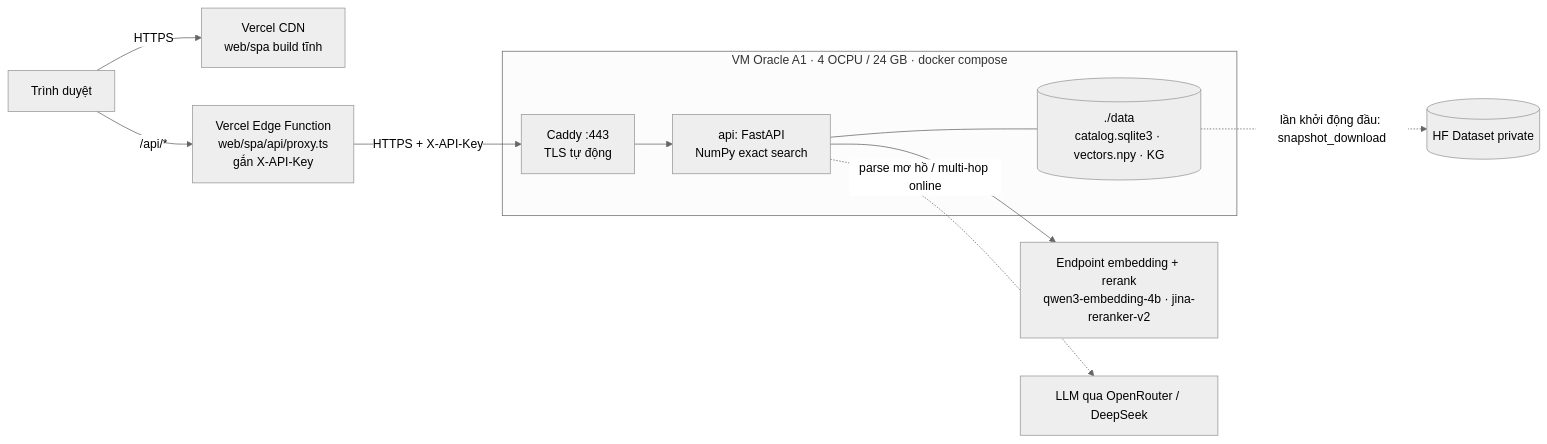
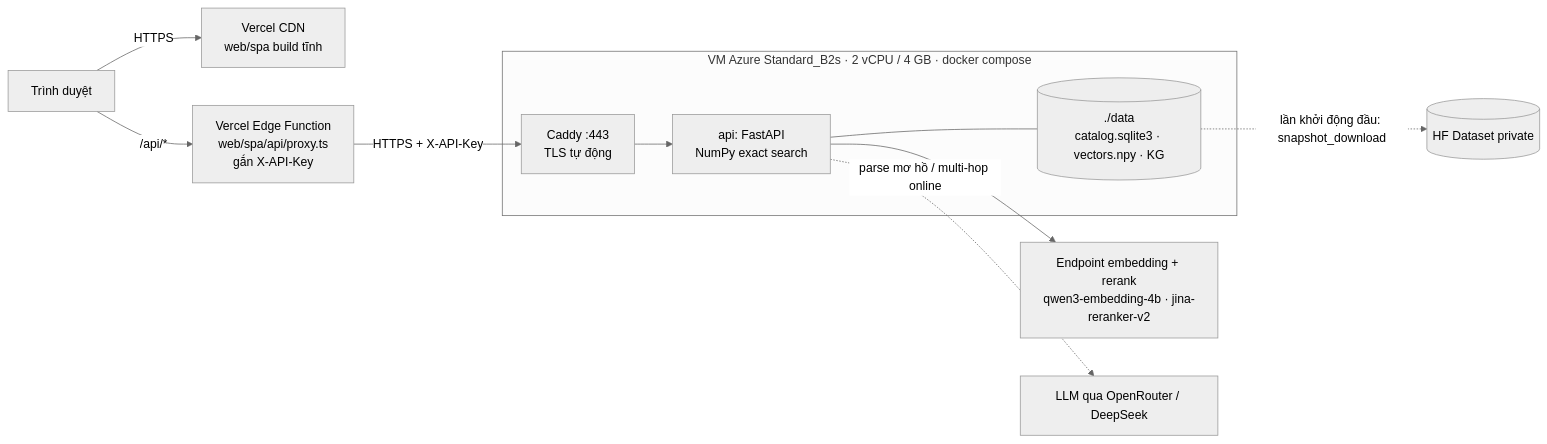
One commit to vuongej/heritage-image-retrieval changed the first of 2 diagrams in docs/deploy.md. Above: the diagram before and after it, drawn with Mermaid (neutral theme). The commit also changed other lines of this file and 9 other files, not shown here.

````diff
--- a/docs/deploy.md
+++ b/docs/deploy.md
@@ -5,13 +5,13 @@
 ```mermaid
 flowchart LR
     U[Trình duyệt] -->|HTTPS| V[Vercel CDN<br/>web/spa build tĩnh]
     U -->|/api/*| P[Vercel Edge Function<br/>web/spa/api/proxy.ts<br/>gắn X-API-Key]
     P -->|HTTPS + X-API-Key| C[Caddy :443<br/>TLS tự động]
-    subgraph VM[VM Oracle A1 · 4 OCPU / 24 GB · docker compose]
+    subgraph VM[VM Azure Standard_B2s · 2 vCPU / 4 GB · docker compose]
         C --> A[api: FastAPI<br/>NumPy exact search]
         A --- VOL[(./data<br/>catalog.sqlite3 · vectors.npy · KG)]
     end
     VOL -. lần khởi động đầu: snapshot_download .-> D[(HF Dataset private)]
     A --> E[Endpoint embedding + rerank<br/>qwen3-embedding-4b · jina-reranker-v2]
     A -. parse mơ hồ / multi-hop online .-> L[LLM qua OpenRouter / DeepSeek]
 ```
````
